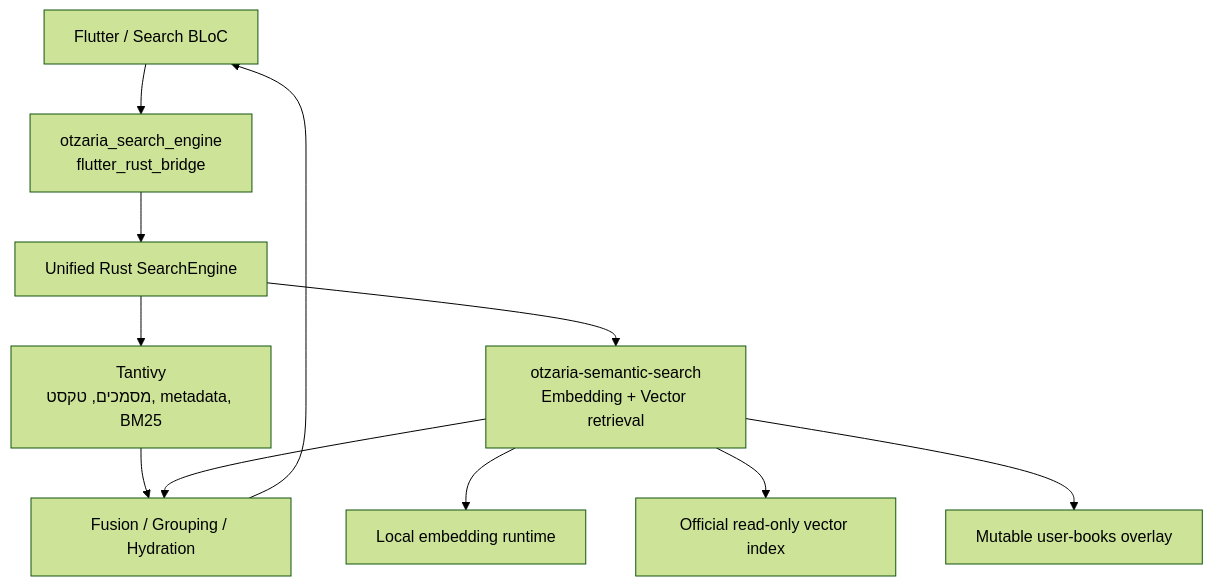
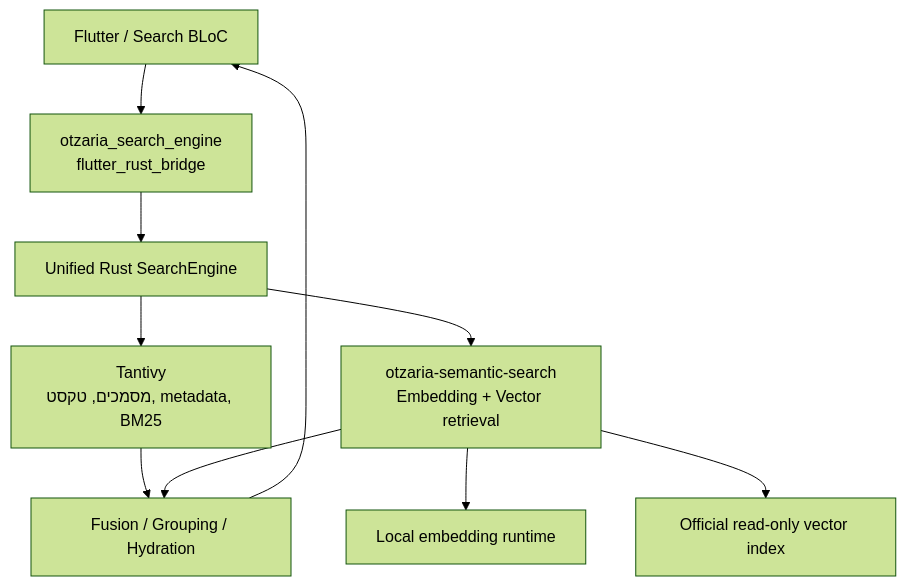
One commit to Otzaria/otzaria-semantic-search changed the diagram in מפת דרכים.md. Above: the diagram before and after it, drawn with Mermaid (forest theme). The commit also changed other lines of this file, not shown here.

First line of the commit message:
docs(roadmap): mark the roadmap historical and cancel what the contract removed

````diff
--- a/מפת דרכים.md
+++ b/מפת דרכים.md
@@ -104,13 +119,12 @@
 ```mermaid
 flowchart TD
     Flutter["Flutter / Search BLoC"] --> FRB["otzaria_search_engine<br/>flutter_rust_bridge"]
     FRB --> Unified["Unified Rust SearchEngine"]
     Unified --> Tantivy["Tantivy<br/>מסמכים, טקסט, metadata, BM25"]
     Unified --> Semantic["otzaria-semantic-search<br/>Embedding + Vector retrieval"]
     Semantic --> Model["Local embedding runtime"]
     Semantic --> Base["Official read-only vector index"]
-    Semantic --> Overlay["Mutable user-books overlay"]
     Tantivy --> Fusion["Fusion / Grouping / Hydration"]
     Semantic --> Fusion
     Fusion --> Flutter
 ```
````
